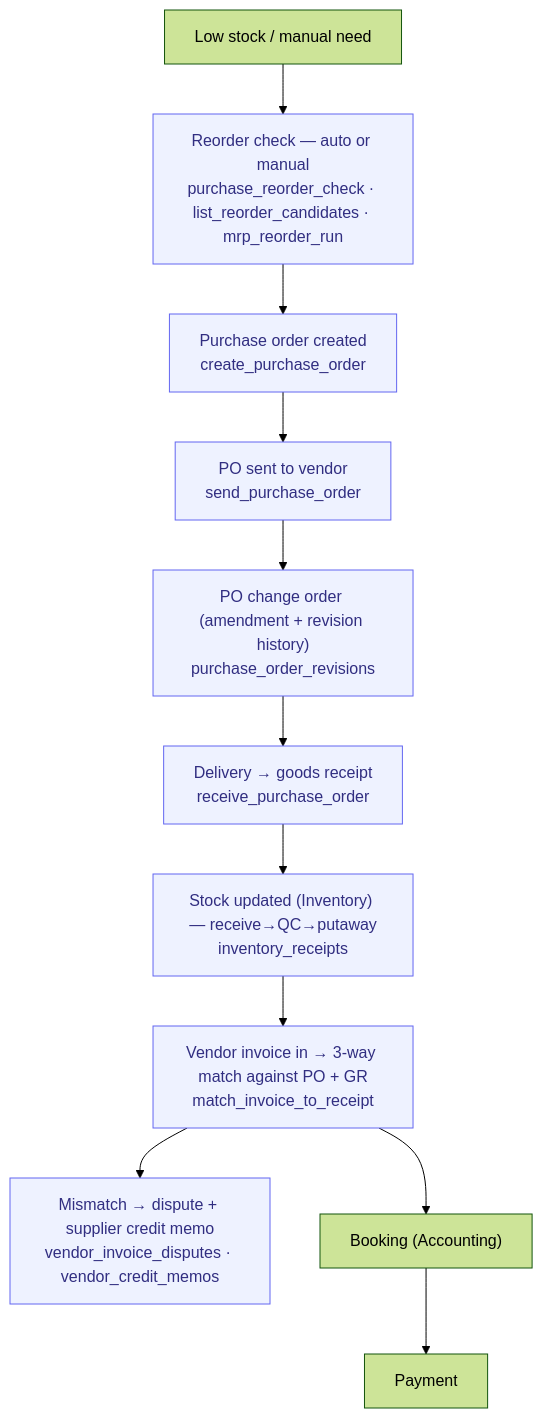
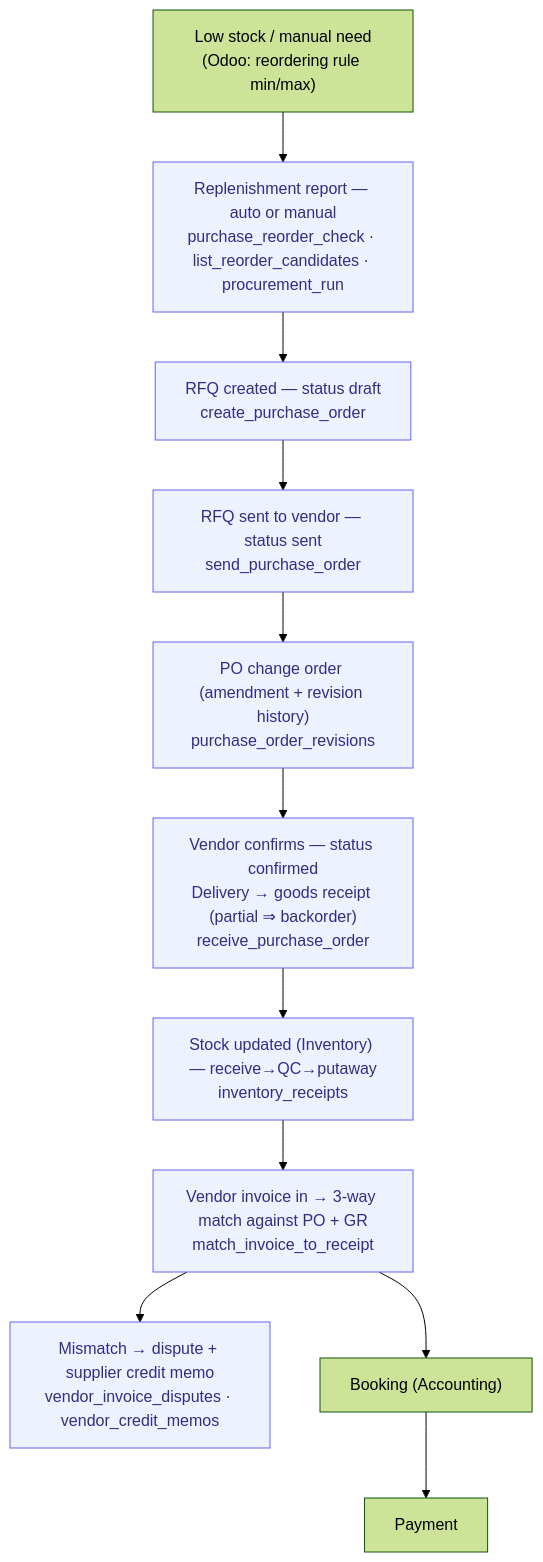
One commit to flowwink/flowwink changed the diagram in docs/processes/procure-to-pay.md. Above: the diagram before and after it, drawn with Mermaid (forest theme). The commit also changed other lines of this file and 3 other files, not shown here.

````diff
--- a/docs/processes/procure-to-pay.md
+++ b/docs/processes/procure-to-pay.md
@@ -33,16 +33,16 @@
 ```mermaid
 flowchart TD
-    A["Low stock / manual need"] --> B["Reorder check — auto or manual<br/>purchase_reorder_check · list_reorder_candidates · mrp_reorder_run"]
-    B --> C["Purchase order created<br/>create_purchase_order"]
-    C --> D["PO sent to vendor<br/>send_purchase_order"]
+    A["Low stock / manual need<br/>(Odoo: reordering rule min/max)"] --> B["Replenishment report — auto or manual<br/>purchase_reorder_check · list_reorder_candidates · procurement_run"]
+    B --> C["RFQ created — status draft<br/>create_purchase_order"]
+    C --> D["RFQ sent to vendor — status sent<br/>send_purchase_order"]
     D --> D2["PO change order (amendment + revision history)<br/>purchase_order_revisions"]
-    D2 --> E["Delivery → goods receipt<br/>receive_purchase_order"]
+    D2 --> E["Vendor confirms — status confirmed<br/>Delivery → goods receipt (partial ⇒ backorder)<br/>receive_purchase_order"]
     E --> F["Stock updated (Inventory) — receive→QC→putaway<br/>inventory_receipts"]
     F --> G["Vendor invoice in → 3-way match against PO + GR<br/>match_invoice_to_receipt"]
     G --> G2["Mismatch → dispute + supplier credit memo<br/>vendor_invoice_disputes · vendor_credit_memos"]
     G --> H["Booking (Accounting)"]
     H --> I["Payment"]
 
     classDef agent fill:#eef2ff,stroke:#6366f1,color:#312e81;
     class B,C,D,D2,E,F,G,G2 agent
 ```
````
